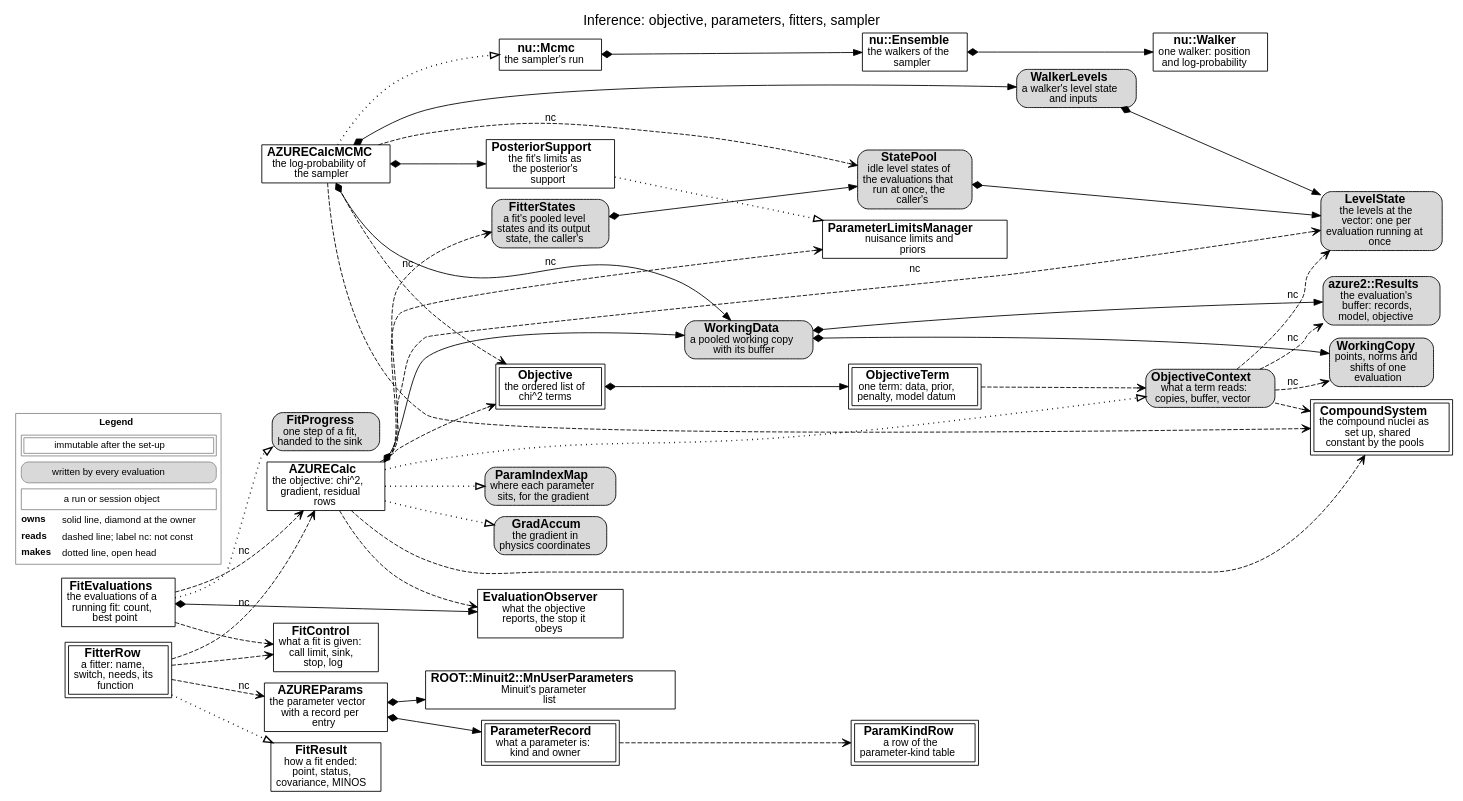
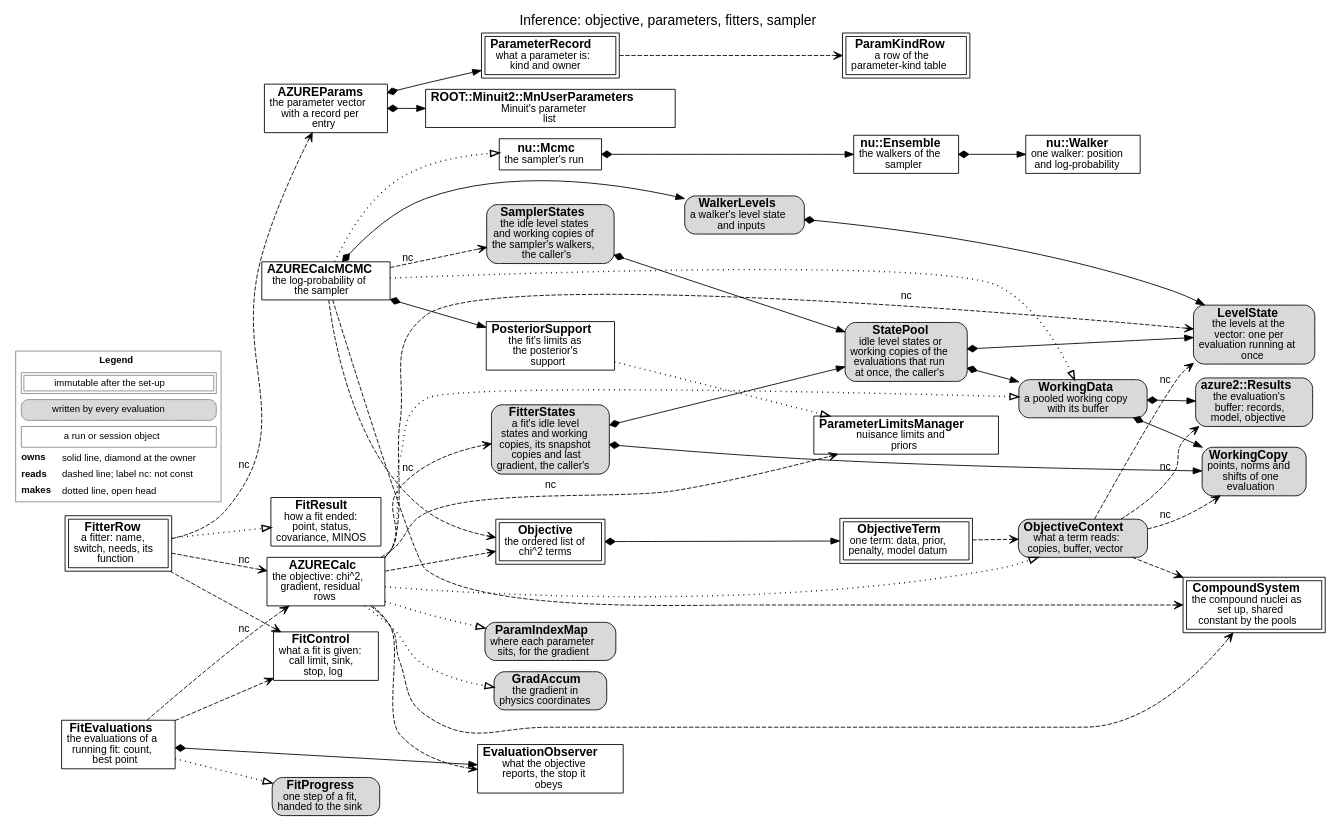
The diagram in docs/source/developer/figures/inference.dot (AZURE2DEV/AZURE2), drawn with Graphviz before and after one commit. The commit also changed 38 other files, not shown here.

First line of the commit message:
Shared state: the last 28 pending rows moved to the caller; the fifth push's CI failures

```diff
--- a/docs/source/developer/figures/inference.dot
+++ b/docs/source/developer/figures/inference.dot
@@ -1,78 +1,82 @@
 digraph inference {
   graph [rankdir=LR, fontname="Helvetica", fontsize=16, labelloc=t, label="Inference: objective, parameters, fitters, sampler", nodesep=0.18, ranksep=0.3, newrank=true];
   node [fontname="Helvetica", fontsize=14, margin="0.08,0.04"];
   edge [fontname="Helvetica", fontsize=12];
   n_AZURECalc [label=<<b>AZURECalc</b><br/><font point-size="12">the objective: chi^2,<br/>gradient, residual<br/>rows</font>>, shape=box, style="filled", fillcolor="white"];
   n_WorkingData [label=<<b>WorkingData</b><br/><font point-size="12">a pooled working copy<br/>with its buffer</font>>, shape=box, style="rounded,filled", fillcolor="#d9d9d9"];
   n_CompoundSystem [label=<<b>CompoundSystem</b><br/><font point-size="12">the compound nuclei as<br/>set up, shared<br/>constant by the pools</font>>, shape=box, peripheries=2, style="filled", fillcolor="white"];
   n_LevelState [label=<<b>LevelState</b><br/><font point-size="12">the levels at the<br/>vector: one per<br/>evaluation running at<br/>once</font>>, shape=box, style="rounded,filled", fillcolor="#d9d9d9"];
-  n_StatePool [label=<<b>StatePool</b><br/><font point-size="12">idle level states of<br/>the evaluations that<br/>run at once, the<br/>caller&#x27;s</font>>, shape=box, style="rounded,filled", fillcolor="#d9d9d9"];
-  n_FitterStates [label=<<b>FitterStates</b><br/><font point-size="12">a fit&#x27;s pooled level<br/>states and its output<br/>state, the caller&#x27;s</font>>, shape=box, style="rounded,filled", fillcolor="#d9d9d9"];
+  n_StatePool [label=<<b>StatePool</b><br/><font point-size="12">idle level states or<br/>working copies of the<br/>evaluations that run<br/>at once, the caller&#x27;s</font>>, shape=box, style="rounded,filled", fillcolor="#d9d9d9"];
+  n_FitterStates [label=<<b>FitterStates</b><br/><font point-size="12">a fit&#x27;s idle level<br/>states and working<br/>copies, its snapshot<br/>copies and last<br/>gradient, the caller&#x27;s</font>>, shape=box, style="rounded,filled", fillcolor="#d9d9d9"];
+  n_SamplerStates [label=<<b>SamplerStates</b><br/><font point-size="12">the idle level states<br/>and working copies of<br/>the sampler&#x27;s walkers,<br/>the caller&#x27;s</font>>, shape=box, style="rounded,filled", fillcolor="#d9d9d9"];
   n_WalkerLevels [label=<<b>WalkerLevels</b><br/><font point-size="12">a walker&#x27;s level state<br/>and inputs</font>>, shape=box, style="rounded,filled", fillcolor="#d9d9d9"];
   n_WorkingCopy [label=<<b>WorkingCopy</b><br/><font point-size="12">points, norms and<br/>shifts of one<br/>evaluation</font>>, shape=box, style="rounded,filled", fillcolor="#d9d9d9"];
   n_azure2__Results [label=<<b>azure2::Results</b><br/><font point-size="12">the evaluation&#x27;s<br/>buffer: records,<br/>model, objective</font>>, shape=box, style="rounded,filled", fillcolor="#d9d9d9"];
   n_ObjectiveContext [label=<<b>ObjectiveContext</b><br/><font point-size="12">what a term reads:<br/>copies, buffer, vector</font>>, shape=box, style="rounded,filled", fillcolor="#d9d9d9"];
   n_Objective [label=<<b>Objective</b><br/><font point-size="12">the ordered list of<br/>chi^2 terms</font>>, shape=box, peripheries=2, style="filled", fillcolor="white"];
   n_ObjectiveTerm [label=<<b>ObjectiveTerm</b><br/><font point-size="12">one term: data, prior,<br/>penalty, model datum</font>>, shape=box, peripheries=2, style="filled", fillcolor="white"];
   n_AZUREParams [label=<<b>AZUREParams</b><br/><font point-size="12">the parameter vector<br/>with a record per<br/>entry</font>>, shape=box, style="filled", fillcolor="white"];
   n_ROOT__Minuit2__MnUserParameters [label=<<b>ROOT::Minuit2::MnUserParameters</b><br/><font point-size="12">Minuit&#x27;s parameter<br/>list</font>>, shape=box, style="filled", fillcolor="white"];
   n_ParameterRecord [label=<<b>ParameterRecord</b><br/><font point-size="12">what a parameter is:<br/>kind and owner</font>>, shape=box, peripheries=2, style="filled", fillcolor="white"];
   n_ParamKindRow [label=<<b>ParamKindRow</b><br/><font point-size="12">a row of the<br/>parameter-kind table</font>>, shape=box, peripheries=2, style="filled", fillcolor="white"];
   n_ParamIndexMap [label=<<b>ParamIndexMap</b><br/><font point-size="12">where each parameter<br/>sits, for the gradient</font>>, shape=box, style="rounded,filled", fillcolor="#d9d9d9"];
   n_GradAccum [label=<<b>GradAccum</b><br/><font point-size="12">the gradient in<br/>physics coordinates</font>>, shape=box, style="rounded,filled", fillcolor="#d9d9d9"];
   n_ParameterLimitsManager [label=<<b>ParameterLimitsManager</b><br/><font point-size="12">nuisance limits and<br/>priors</font>>, shape=box, style="filled", fillcolor="white"];
   n_FitterRow [label=<<b>FitterRow</b><br/><font point-size="12">a fitter: name,<br/>switch, needs, its<br/>function</font>>, shape=box, peripheries=2, style="filled", fillcolor="white"];
   n_FitControl [label=<<b>FitControl</b><br/><font point-size="12">what a fit is given:<br/>call limit, sink,<br/>stop, log</font>>, shape=box, style="filled", fillcolor="white"];
   n_FitResult [label=<<b>FitResult</b><br/><font point-size="12">how a fit ended:<br/>point, status,<br/>covariance, MINOS</font>>, shape=box, style="filled", fillcolor="white"];
   n_FitProgress [label=<<b>FitProgress</b><br/><font point-size="12">one step of a fit,<br/>handed to the sink</font>>, shape=box, style="rounded,filled", fillcolor="#d9d9d9"];
   n_EvaluationObserver [label=<<b>EvaluationObserver</b><br/><font point-size="12">what the objective<br/>reports, the stop it<br/>obeys</font>>, shape=box, style="filled", fillcolor="white"];
   n_FitEvaluations [label=<<b>FitEvaluations</b><br/><font point-size="12">the evaluations of a<br/>running fit: count,<br/>best point</font>>, shape=box, style="filled", fillcolor="white"];
   n_AZURECalcMCMC [label=<<b>AZURECalcMCMC</b><br/><font point-size="12">the log-probability of<br/>the sampler</font>>, shape=box, style="filled", fillcolor="white"];
   n_PosteriorSupport [label=<<b>PosteriorSupport</b><br/><font point-size="12">the fit&#x27;s limits as<br/>the posterior&#x27;s<br/>support</font>>, shape=box, style="filled", fillcolor="white"];
   n_nu__Mcmc [label=<<b>nu::Mcmc</b><br/><font point-size="12">the sampler&#x27;s run</font>>, shape=box, style="filled", fillcolor="white"];
   n_nu__Ensemble [label=<<b>nu::Ensemble</b><br/><font point-size="12">the walkers of the<br/>sampler</font>>, shape=box, style="filled", fillcolor="white"];
   n_nu__Walker [label=<<b>nu::Walker</b><br/><font point-size="12">one walker: position<br/>and log-probability</font>>, shape=box, style="filled", fillcolor="white"];
-  n_AZURECalc -> n_WorkingData [style=solid, dir=both, arrowtail=diamond, arrowhead=normal];
+  n_AZURECalc -> n_WorkingData [style=dotted, penwidth=1.6, arrowhead=empty];
   n_AZURECalc -> n_CompoundSystem [style=dashed, arrowhead=vee];
   n_AZURECalc -> n_FitterStates [style=dashed, arrowhead=vee, label=" nc"];
   n_AZURECalc -> n_LevelState [style=dashed, arrowhead=vee, label=" nc"];
   n_FitterStates -> n_StatePool [style=solid, dir=both, arrowtail=diamond, arrowhead=normal];
+  n_FitterStates -> n_WorkingCopy [style=solid, dir=both, arrowtail=diamond, arrowhead=normal];
   n_StatePool -> n_LevelState [style=solid, dir=both, arrowtail=diamond, arrowhead=normal];
+  n_StatePool -> n_WorkingData [style=solid, dir=both, arrowtail=diamond, arrowhead=normal];
   n_WorkingData -> n_WorkingCopy [style=solid, dir=both, arrowtail=diamond, arrowhead=normal];
   n_WorkingData -> n_azure2__Results [style=solid, dir=both, arrowtail=diamond, arrowhead=normal];
   n_AZURECalc -> n_ObjectiveContext [style=dotted, penwidth=1.6, arrowhead=empty];
   n_ObjectiveContext -> n_CompoundSystem [style=dashed, arrowhead=vee];
   n_ObjectiveContext -> n_LevelState [style=dashed, arrowhead=vee, label=" nc"];
   n_ObjectiveContext -> n_WorkingCopy [style=dashed, arrowhead=vee, label=" nc"];
   n_ObjectiveContext -> n_azure2__Results [style=dashed, arrowhead=vee, label=" nc"];
   n_Objective -> n_ObjectiveTerm [style=solid, dir=both, arrowtail=diamond, arrowhead=normal];
   n_ObjectiveTerm -> n_ObjectiveContext [style=dashed, arrowhead=vee];
   n_AZURECalc -> n_ParameterLimitsManager [style=dashed, arrowhead=vee, label=" nc"];
   n_AZUREParams -> n_ROOT__Minuit2__MnUserParameters [style=solid, dir=both, arrowtail=diamond, arrowhead=normal];
   n_AZUREParams -> n_ParameterRecord [style=solid, dir=both, arrowtail=diamond, arrowhead=normal];
   n_ParameterRecord -> n_ParamKindRow [style=dashed, arrowhead=vee];
   n_AZURECalc -> n_ParamIndexMap [style=dotted, penwidth=1.6, arrowhead=empty];
   n_AZURECalc -> n_GradAccum [style=dotted, penwidth=1.6, arrowhead=empty];
-  n_AZURECalcMCMC -> n_WorkingData [style=solid, dir=both, arrowtail=diamond, arrowhead=normal];
+  n_AZURECalcMCMC -> n_WorkingData [style=dotted, penwidth=1.6, arrowhead=empty];
   n_AZURECalcMCMC -> n_CompoundSystem [style=dashed, arrowhead=vee];
   n_AZURECalcMCMC -> n_WalkerLevels [style=solid, dir=both, arrowtail=diamond, arrowhead=normal];
-  n_AZURECalcMCMC -> n_StatePool [style=dashed, arrowhead=vee, label=" nc"];
+  n_AZURECalcMCMC -> n_SamplerStates [style=dashed, arrowhead=vee, label=" nc"];
+  n_SamplerStates -> n_StatePool [style=solid, dir=both, arrowtail=diamond, arrowhead=normal];
   n_WalkerLevels -> n_LevelState [style=solid, dir=both, arrowtail=diamond, arrowhead=normal];
   n_AZURECalcMCMC -> n_PosteriorSupport [style=solid, dir=both, arrowtail=diamond, arrowhead=normal];
   n_PosteriorSupport -> n_ParameterLimitsManager [style=dotted, penwidth=1.6, arrowhead=empty];
   n_nu__Mcmc -> n_nu__Ensemble [style=solid, dir=both, arrowtail=diamond, arrowhead=normal];
   n_nu__Ensemble -> n_nu__Walker [style=solid, dir=both, arrowtail=diamond, arrowhead=normal];
   n_AZURECalc -> n_Objective [style=dashed, arrowhead=vee];
   n_FitterRow -> n_AZUREParams [style=dashed, arrowhead=vee, label=" nc"];
   n_FitterRow -> n_AZURECalc [style=dashed, arrowhead=vee, label=" nc"];
   n_FitterRow -> n_FitControl [style=dashed, arrowhead=vee];
   n_FitterRow -> n_FitResult [style=dotted, penwidth=1.6, arrowhead=empty];
   n_FitEvaluations -> n_AZURECalc [style=dashed, arrowhead=vee, label=" nc"];
   n_FitEvaluations -> n_EvaluationObserver [style=solid, dir=both, arrowtail=diamond, arrowhead=normal];
   n_FitEvaluations -> n_FitControl [style=dashed, arrowhead=vee];
   n_FitEvaluations -> n_FitProgress [style=dotted, penwidth=1.6, arrowhead=empty];
   n_AZURECalc -> n_EvaluationObserver [style=dashed, arrowhead=vee];
   n_AZURECalcMCMC -> n_nu__Mcmc [style=dotted, penwidth=1.6, arrowhead=empty];
   n_AZURECalcMCMC -> n_Objective [style=dashed, arrowhead=vee];
   legend [shape=plaintext, fontsize=11, label=<<TABLE BORDER="1" CELLBORDER="0" CELLSPACING="3" COLOR="#888888"><TR><TD COLSPAN="2"><B>Legend</B></TD></TR><TR><TD COLSPAN="2"><TABLE BORDER="1" CELLBORDER="1" CELLSPACING="2" CELLPADDING="2"><TR><TD>immutable after the set-up</TD></TR></TABLE></TD></TR><TR><TD COLSPAN="2"><TABLE BORDER="1" CELLBORDER="0" CELLPADDING="3" STYLE="rounded" BGCOLOR="#d9d9d9"><TR><TD>written by every evaluation</TD></TR></TABLE></TD></TR><TR><TD COLSPAN="2"><TABLE BORDER="1" CELLBORDER="0" CELLPADDING="3" ><TR><TD>a run or session object</TD></TR></TABLE></TD></TR><TR><TD ALIGN="LEFT"><B>owns</B></TD><TD ALIGN="LEFT">solid line, diamond at the owner</TD></TR><TR><TD ALIGN="LEFT"><B>reads</B></TD><TD ALIGN="LEFT">dashed line; label nc: not const</TD></TR><TR><TD ALIGN="LEFT"><B>makes</B></TD><TD ALIGN="LEFT">dotted line, open head</TD></TR></TABLE>>];
 }
```
